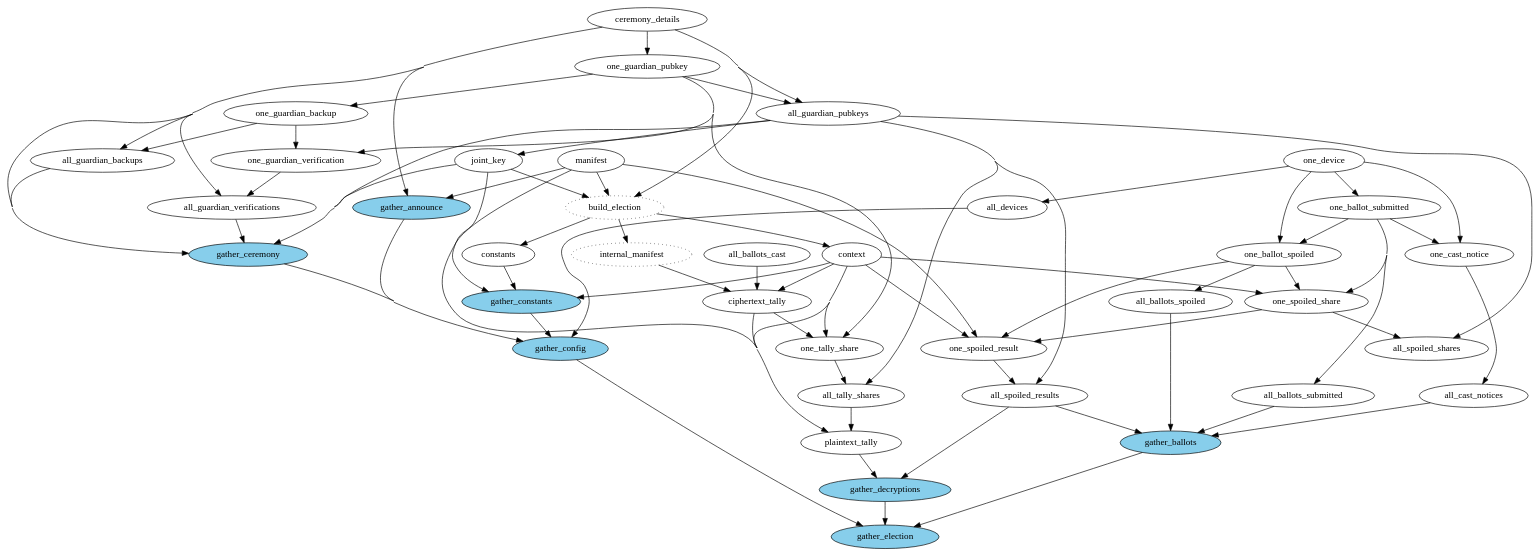
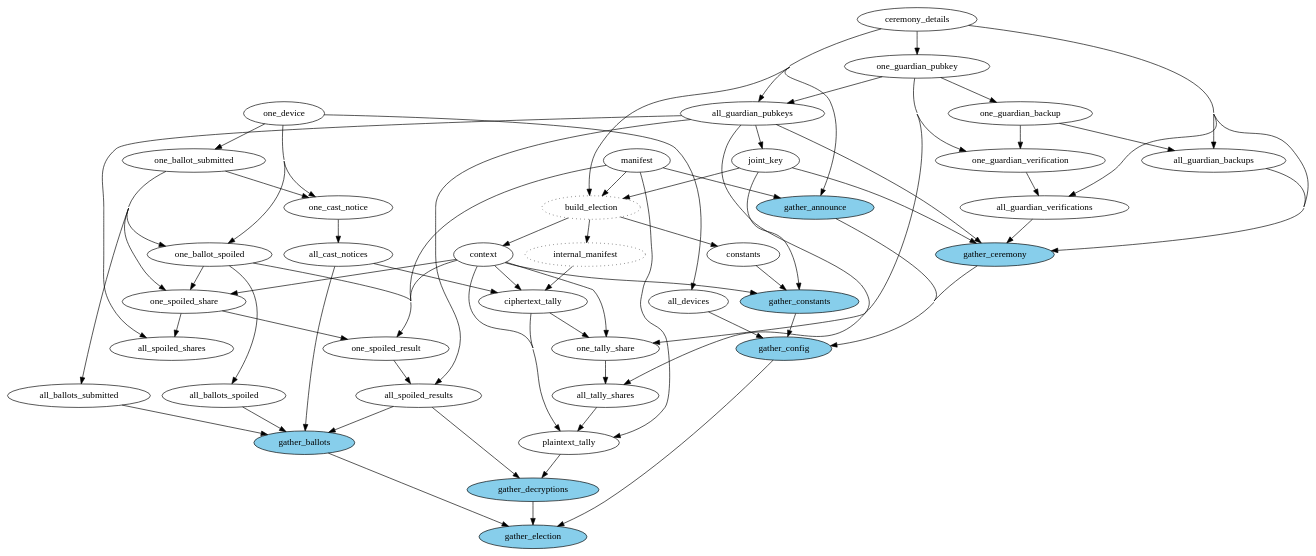
One commit to jefdaj/electionguard-cardano changed the diagram in milestone1/verifier/scripts/verifier_deps.dot. Above: the diagram before and after it, drawn with Graphviz. The commit also changed 3 other files, not shown here.

Commit message:
all_ballots_cast -> all_cast_notices

```diff
--- a/milestone1/verifier/scripts/verifier_deps.dot
+++ b/milestone1/verifier/scripts/verifier_deps.dot
@@ -1,80 +1,80 @@
 digraph verifier_deps {
   concentrate=true
 
   # nodes from PUBLIC_RECORDS keys
   manifest
   ceremony_details
   one_guardian_pubkey
   one_guardian_backup # TODO remove? not sure whether these are considered public
   one_guardian_verification
   joint_key
   constants
   context
   one_device
   one_ballot_submitted
   one_cast_notice
   one_ballot_spoiled
   ciphertext_tally
   one_tally_share
   one_spoiled_share
   plaintext_tally
   one_spoiled_result
 
   # "all" versions of things that are actually sets
   {ceremony_details,one_guardian_pubkey} -> all_guardian_pubkeys
   one_ballot_submitted -> all_ballots_submitted
   one_ballot_spoiled -> all_ballots_spoiled
   one_ballot_submitted -> one_cast_notice -> all_cast_notices
 
   one_ballot_submitted -> {one_spoiled_share,one_ballot_spoiled} -> one_spoiled_result
   one_guardian_pubkey -> one_tally_share
   {all_guardian_pubkeys, one_spoiled_share} -> all_spoiled_shares
   {all_guardian_pubkeys, one_spoiled_result} -> all_spoiled_results
   {all_guardian_pubkeys, one_tally_share} -> all_tally_shares
 
   # misc other nodes added manually
   build_election [style=dotted]    # not really a dep, but makes it cleaner # TODO remove?
   internal_manifest [style=dotted] # not serializable; have to build_election each time
 
   # dependenencies from guardian.py
   ceremony_details -> one_guardian_pubkey -> one_guardian_backup
 
   # TODO these should depend on the guardian pubkeys, not just the ceremony details,
   #      because they should be checking that those guardians signed them
   {ceremony_details,one_guardian_backup} -> all_guardian_backups
   {ceremony_details,one_guardian_verification} -> all_guardian_verifications
 
   {one_guardian_pubkey,one_guardian_backup} -> one_guardian_verification # TODO remove? it really depends on the *cardano* wallet key right?
   all_guardian_pubkeys -> joint_key
   {ciphertext_tally,context} -> one_tally_share
   {context,one_ballot_submitted,one_ballot_spoiled} -> one_spoiled_share
   
 
   # dependencies from device.py
   one_device -> {one_ballot_submitted,one_ballot_spoiled,one_cast_notice}
   one_device -> all_devices
 
   # dependenencies from admin.py
   {manifest,ceremony_details,joint_key} -> build_election -> {constants,internal_manifest,context}
-  {internal_manifest,context,all_ballots_cast} -> ciphertext_tally
+  {internal_manifest,context,all_cast_notices} -> ciphertext_tally
   {manifest,context,all_tally_shares,ciphertext_tally} -> plaintext_tally
   {manifest,context,one_spoiled_share,one_ballot_spoiled} -> one_spoiled_result
 
   # overall election cerfification/verification
   # TODO is this how people will see it? or will they only require the plaintext_tally?
   # (either way, this is the way to get the code working first)
 
   # backbone of "phony" nodes (in the Makefile sense) to make verification
   # proceed in a nice linear way. this way we can have our dependency graph but
   # still show human-readable output. note that the summary/verification step
   # is missing because it's done at the end
   node [style=filled, fillcolor=skyblue]
   {manifest,ceremony_details} -> gather_announce
   {ceremony_details,all_guardian_pubkeys,all_guardian_backups,all_guardian_verifications,joint_key} -> gather_ceremony
   {joint_key,context,constants} -> gather_constants
   {gather_announce,gather_ceremony,gather_constants,all_devices} -> gather_config
   {all_ballots_submitted,all_ballots_spoiled,all_cast_notices,all_spoiled_results} -> gather_ballots
   {plaintext_tally,all_spoiled_results} -> gather_decryptions
   {gather_config,gather_ballots,gather_decryptions} -> gather_election
   gather_election
 }
```
